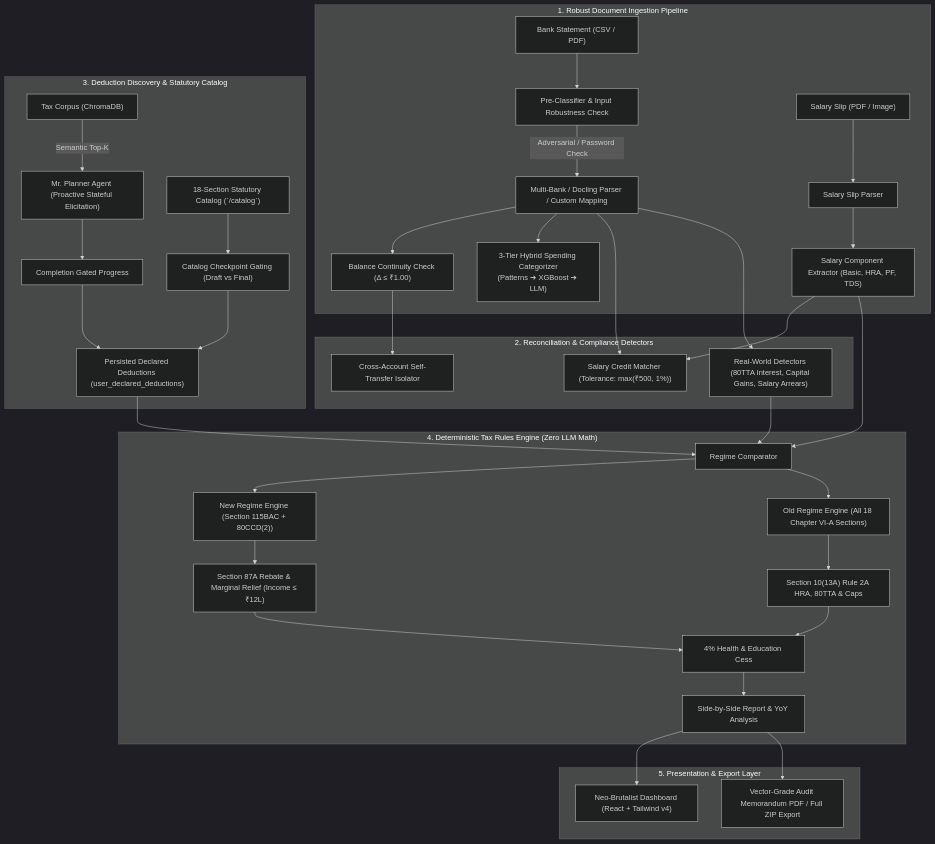
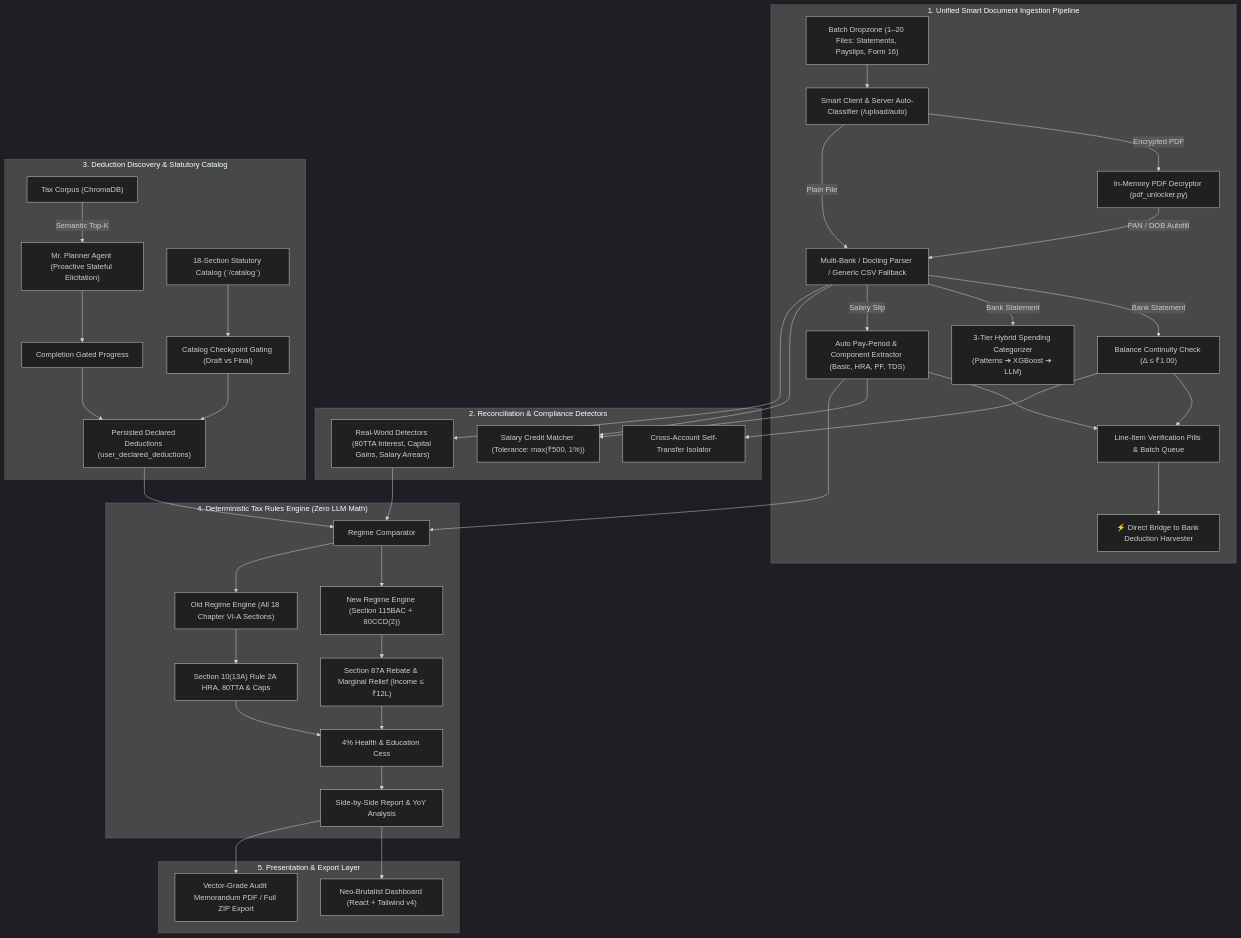
One commit to VesperAkshay/Tax-Planner-Finance changed the first of 2 diagrams in README.md. Above: the diagram before and after it, drawn with Mermaid (dark theme). The commit also changed other lines of this file, not shown here.

Commit message:
docs: update README with Unified Ingestion Hub, in-memory PDF unlock, mobile UI, and test suite

````diff
--- a/README.md
+++ b/README.md
@@ -18,39 +18,42 @@
 ```mermaid
 flowchart TD
-    subgraph Ingestion["1. Robust Document Ingestion Pipeline"]
-        A["Bank Statement (CSV / PDF)"] --> B["Pre-Classifier & Input Robustness Check"]
-        B -->|Adversarial / Password Check| C["Multi-Bank / Docling Parser / Custom Mapping"]
-        D["Salary Slip (PDF / Image)"] --> E["Salary Slip Parser"]
-        C --> F["Balance Continuity Check (Δ ≤ ₹1.00)"]
-        C --> G["3-Tier Hybrid Spending Categorizer<br/>(Patterns ➔ XGBoost ➔ LLM)"]
-        E --> H["Salary Component Extractor (Basic, HRA, PF, TDS)"]
+    subgraph Ingestion["1. Unified Smart Document Ingestion Pipeline"]
+        A["Batch Dropzone (1–20 Files: Statements, Payslips, Form 16)"] --> B["Smart Client & Server Auto-Classifier (/upload/auto)"]
+        B -->|Encrypted PDF| B1["In-Memory PDF Decryptor (pdf_unlocker.py)"]
+        B1 -->|PAN / DOB Autofill| C["Multi-Bank / Docling Parser / Generic CSV Fallback"]
+        B -->|Plain File| C
+        C -->|Bank Statement| F["Balance Continuity Check (Δ ≤ ₹1.00)"]
+        C -->|Bank Statement| G["3-Tier Hybrid Spending Categorizer<br/>(Patterns ➔ XGBoost ➔ LLM)"]
+        C -->|Salary Slip| H["Auto Pay-Period & Component Extractor (Basic, HRA, PF, TDS)"]
+        F & H --> Preview["Line-Item Verification Pills & Batch Queue"]
+        Preview --> HarvesterBridge["⚡ Direct Bridge to Bank Deduction Harvester"]
     end
 
     subgraph Reconciliation["2. Reconciliation & Compliance Detectors"]
         F --> I["Cross-Account Self-Transfer Isolator"]
         H & C --> J["Salary Credit Matcher (Tolerance: max(₹500, 1%))"]
         C --> K["Real-World Detectors (80TTA Interest, Capital Gains, Salary Arrears)"]
     end
 
     subgraph Discovery["3. Deduction Discovery & Statutory Catalog"]
         L["Mr. Planner Agent (Proactive Stateful Elicitation)"] --> M["Completion Gated Progress"]
         N["18-Section Statutory Catalog (`/catalog`)"] --> O["Catalog Checkpoint Gating (Draft vs Final)"]
         P["Tax Corpus (ChromaDB)"] -->|Semantic Top-K| L
         M & O --> Q["Persisted Declared Deductions (user_declared_deductions)"]
     end
 
     subgraph TaxEngine["4. Deterministic Tax Rules Engine (Zero LLM Math)"]
         Q & H & K --> R["Regime Comparator"]
         R --> S["New Regime Engine (Section 115BAC + 80CCD(2))"]
         R --> T["Old Regime Engine (All 18 Chapter VI-A Sections)"]
         S --> U["Section 87A Rebate & Marginal Relief (Income ≤ ₹12L)"]
         T --> V["Section 10(13A) Rule 2A HRA, 80TTA & Caps"]
         U & V --> W["4% Health & Education Cess"]
         W --> X["Side-by-Side Report & YoY Analysis"]
     end
 
     subgraph Presentation["5. Presentation & Export Layer"]
         X --> Y["Neo-Brutalist Dashboard (React + Tailwind v4)"]
         X --> Z["Vector-Grade Audit Memorandum PDF / Full ZIP Export"]
     end
 ```
````
